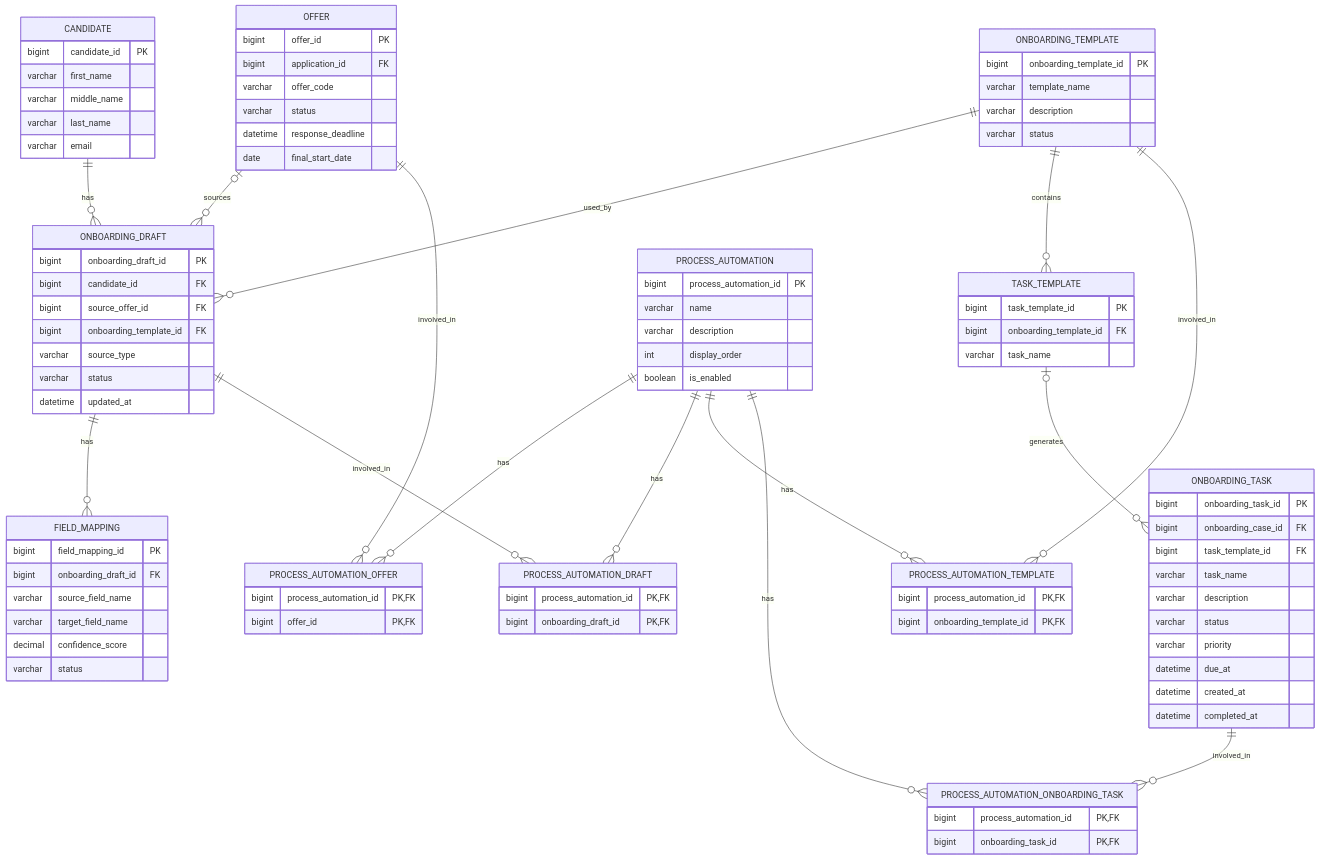
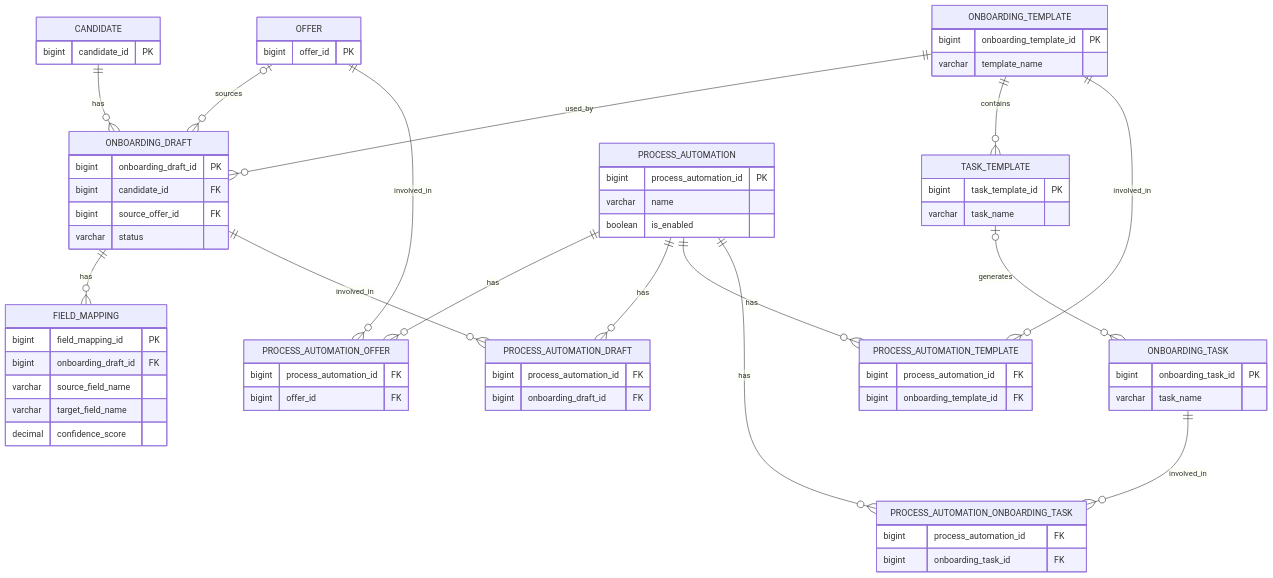
Before and after one commit to Huy1801214/HR: the fifth of 8 diagrams in docs/README.md, drawn with Mermaid. The commit also changed other lines of this file and 1 other file, not shown here.

Commit message:
add onboarding documentation with architectural diagrams and ERDs

````diff
--- a/docs/README.md
+++ b/docs/README.md
@@ -378,55 +368,32 @@
 
     CANDIDATE {
         bigint candidate_id PK
-        varchar first_name
-        varchar middle_name
-        varchar last_name
-        varchar email
     }
 
     OFFER {
         bigint offer_id PK
-        bigint application_id FK
-        varchar offer_code
-        varchar status
-        datetime response_deadline
-        date final_start_date
     }
 
     ONBOARDING_DRAFT {
         bigint onboarding_draft_id PK
         bigint candidate_id FK
         bigint source_offer_id FK
-        bigint onboarding_template_id FK
-        varchar source_type
         varchar status
-        datetime updated_at
     }
 
     ONBOARDING_TEMPLATE {
         bigint onboarding_template_id PK
         varchar template_name
-        varchar description
-        varchar status
     }
 
     TASK_TEMPLATE {
         bigint task_template_id PK
-        bigint onboarding_template_id FK
         varchar task_name
     }
 
     ONBOARDING_TASK {
         bigint onboarding_task_id PK
-        bigint onboarding_case_id FK
-        bigint task_template_id FK
         varchar task_name
-        varchar description
-        varchar status
-        varchar priority
-        datetime due_at
-        datetime created_at
-        datetime completed_at
     }
 
     FIELD_MAPPING {
@@ -435,58 +402,47 @@
         varchar source_field_name
         varchar target_field_name
         decimal confidence_score
-        varchar status
     }
 
     PROCESS_AUTOMATION {
         bigint process_automation_id PK
         varchar name
-        varchar description
-        int display_order
         boolean is_enabled
     }
 
     PROCESS_AUTOMATION_OFFER {
-        bigint process_automation_id PK, FK
-        bigint offer_id PK, FK
+        bigint process_automation_id FK
+        bigint offer_id FK
     }
 
     PROCESS_AUTOMATION_DRAFT {
-        bigint process_automation_id PK, FK
-        bigint onboarding_draft_id PK, FK
+        bigint process_automation_id FK
+        bigint onboarding_draft_id FK
     }
 
     PROCESS_AUTOMATION_TEMPLATE {
-        bigint process_automation_id PK, FK
-        bigint onboarding_template_id PK, FK
+        bigint process_automation_id FK
+        bigint onboarding_template_id FK
     }
 
     PROCESS_AUTOMATION_ONBOARDING_TASK {
-        bigint process_automation_id PK, FK
-        bigint onboarding_task_id PK, FK
+        bigint process_automation_id FK
+        bigint onboarding_task_id FK
     }
 
     CANDIDATE ||--o{ ONBOARDING_DRAFT : has
-
     OFFER o|--o{ ONBOARDING_DRAFT : sources
-
     ONBOARDING_TEMPLATE ||--o{ ONBOARDING_DRAFT : used_by
-
     ONBOARDING_TEMPLATE ||--o{ TASK_TEMPLATE : contains
-
     ONBOARDING_DRAFT ||--o{ FIELD_MAPPING : has
-
     TASK_TEMPLATE o|--o{ ONBOARDING_TASK : generates
 
     PROCESS_AUTOMATION ||--o{ PROCESS_AUTOMATION_OFFER : has
     OFFER ||--o{ PROCESS_AUTOMATION_OFFER : involved_in
-
     PROCESS_AUTOMATION ||--o{ PROCESS_AUTOMATION_DRAFT : has
     ONBOARDING_DRAFT ||--o{ PROCESS_AUTOMATION_DRAFT : involved_in
-
     PROCESS_AUTOMATION ||--o{ PROCESS_AUTOMATION_TEMPLATE : has
     ONBOARDING_TEMPLATE ||--o{ PROCESS_AUTOMATION_TEMPLATE : involved_in
-
     PROCESS_AUTOMATION ||--o{ PROCESS_AUTOMATION_ONBOARDING_TASK : has
     ONBOARDING_TASK ||--o{ PROCESS_AUTOMATION_ONBOARDING_TASK : involved_in
 ```
````
